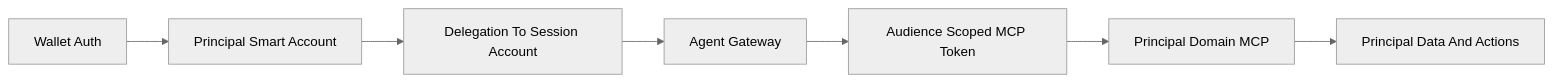
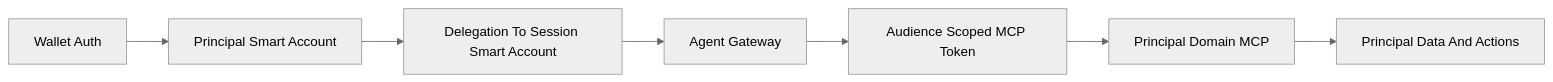
The second of 6 diagrams in documents/siwe-for-agents-mcp-architecture.md (RichCanvas3/gym), drawn with Mermaid (neutral theme) before and after one commit. The commit also changed other lines of this file, not shown here.

````diff
--- a/documents/siwe-for-agents-mcp-architecture.md
+++ b/documents/siwe-for-agents-mcp-architecture.md
@@ -48,9 +43,9 @@
 ```mermaid
 flowchart LR
   wallet[Wallet Auth] --> principal[Principal Smart Account]
-  principal --> delegation[Delegation To Session Account]
+  principal --> delegation[Delegation To Session Smart Account]
   delegation --> gateway[Agent Gateway]
   gateway --> token[Audience Scoped MCP Token]
   token --> domain[Principal Domain MCP]
   domain --> data[Principal Data And Actions]
 ```
````
